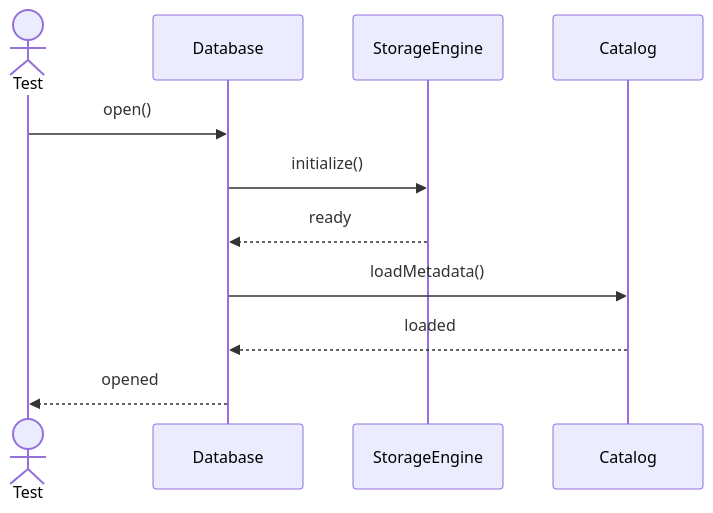
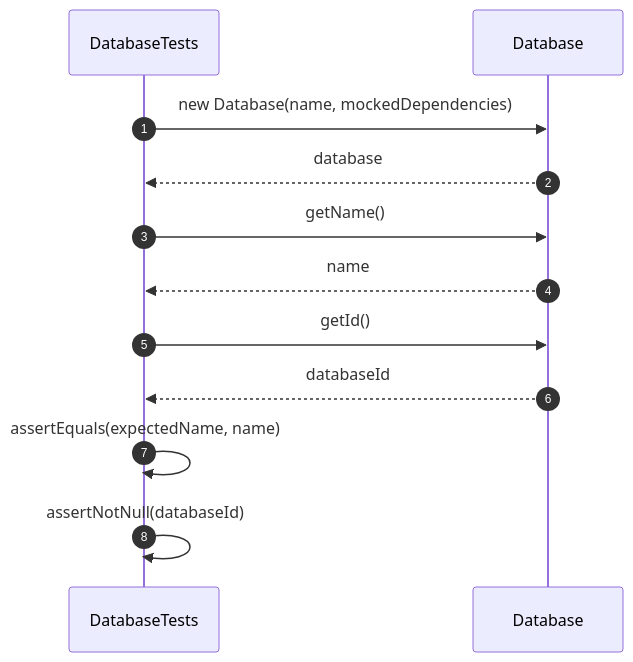
The first of 25 diagrams in src/tests/unit/database/sequences/database-testing.se.md (FhuAnn/-bbv-AN-s-DBMS), drawn with Mermaid before and after one commit. The commit also changed other lines of this file and 28 other files, not shown here.

Commit message:
edit db sequence, dbtest

````diff
--- a/src/tests/unit/database/sequences/database-testing.se.md
+++ b/src/tests/unit/database/sequences/database-testing.se.md
@@ -7,14 +6,19 @@
 ```mermaid
 sequenceDiagram
-actor Test
-participant Database
-participant StorageEngine
-participant Catalog
+    autonumber
 
-Test->>Database: open()
-Database->>StorageEngine: initialize()
-StorageEngine-->>Database: ready
-Database->>Catalog: loadMetadata()
-Catalog-->>Database: loaded
-Database-->>Test: opened
+    participant Test as DatabaseTests
+    participant Database
+
+    Test->>Database: new Database(name, mockedDependencies)
+    Database-->>Test: database
+
+    Test->>Database: getName()
+    Database-->>Test: name
+
+    Test->>Database: getId()
+    Database-->>Test: databaseId
+
+    Test->>Test: assertEquals(expectedName, name)
+    Test->>Test: assertNotNull(databaseId)
 ```
````
